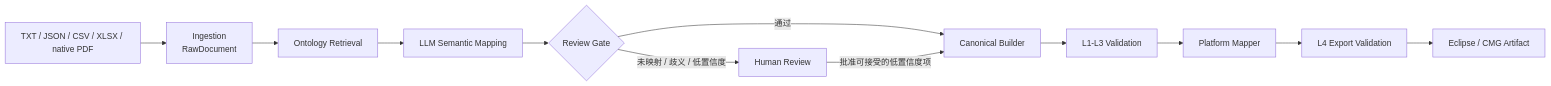
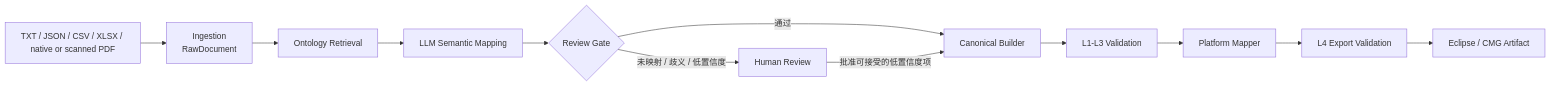
The diagram in README.md (StevenMa616777/Ontology-Driven-Reservoir-Data-Translator), drawn with Mermaid before and after one commit. The commit also changed other lines of this file and 28 other files, not shown here.

````diff
--- a/README.md
+++ b/README.md
@@ -27,14 +27,14 @@
 ```mermaid
 flowchart LR
-    A[TXT / JSON / CSV / XLSX / native PDF] --> B[Ingestion<br/>RawDocument]
+    A[TXT / JSON / CSV / XLSX / native or scanned PDF] --> B[Ingestion<br/>RawDocument]
     B --> C[Ontology Retrieval]
     C --> D[LLM Semantic Mapping]
     D --> E{Review Gate}
     E -->|未映射 / 歧义 / 低置信度| F[Human Review]
     E -->|通过| G[Canonical Builder]
     F -->|批准可接受的低置信度项| G
     G --> H[L1-L3 Validation]
     H --> I[Platform Mapper]
     I --> J[L4 Export Validation]
     J --> K[Eclipse / CMG Artifact]
 ```
````
